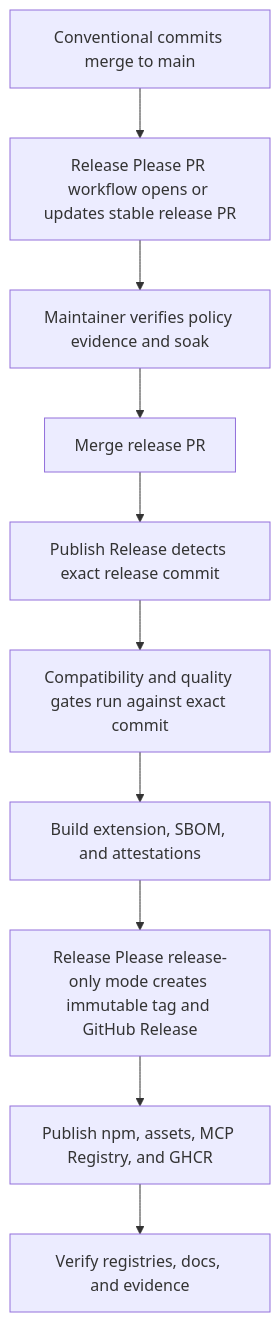
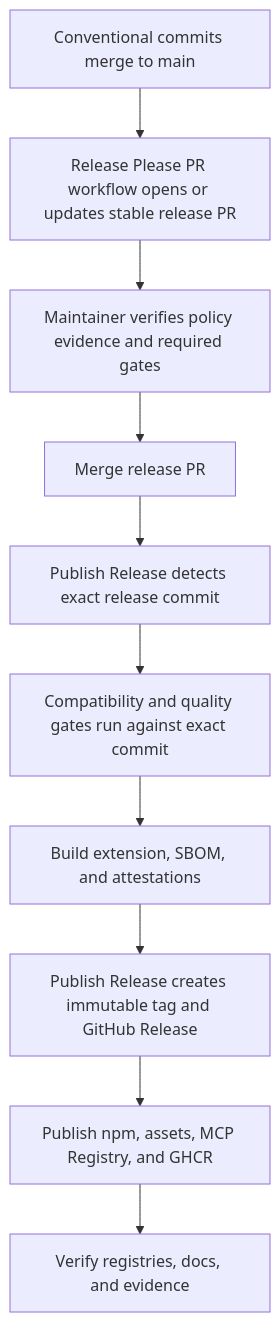
Before and after one commit to oaslananka/easyeda-mcp-pro: the diagram in docs/RELEASE_PROCESS.md, drawn with Mermaid. The commit also changed other lines of this file and 12 other files, not shown here.

First line of the commit message:
ci(release): remove time-based promotion soak (#550)

````diff
--- a/docs/RELEASE_PROCESS.md
+++ b/docs/RELEASE_PROCESS.md
@@ -27,12 +27,12 @@
 ```mermaid
 graph TD
     A[Conventional commits merge to main] --> B[Release Please PR workflow opens or updates stable release PR]
-    B --> C[Maintainer verifies policy evidence and soak]
+    B --> C[Maintainer verifies policy evidence and required gates]
     C --> D[Merge release PR]
     D --> E[Publish Release detects exact release commit]
     E --> F[Compatibility and quality gates run against exact commit]
     F --> G[Build extension, SBOM, and attestations]
-    G --> H[Release Please release-only mode creates immutable tag and GitHub Release]
+    G --> H[Publish Release creates immutable tag and GitHub Release]
     H --> I[Publish npm, assets, MCP Registry, and GHCR]
     I --> J[Verify registries, docs, and evidence]
 ```
````
